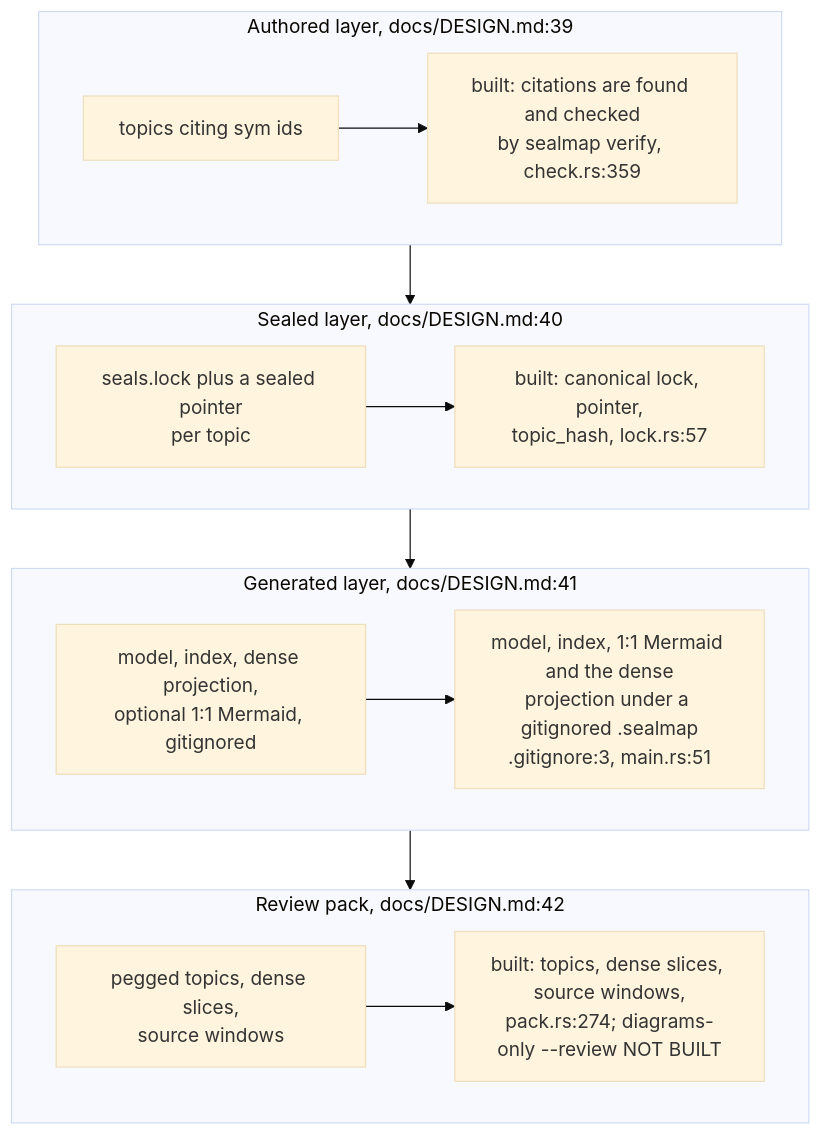
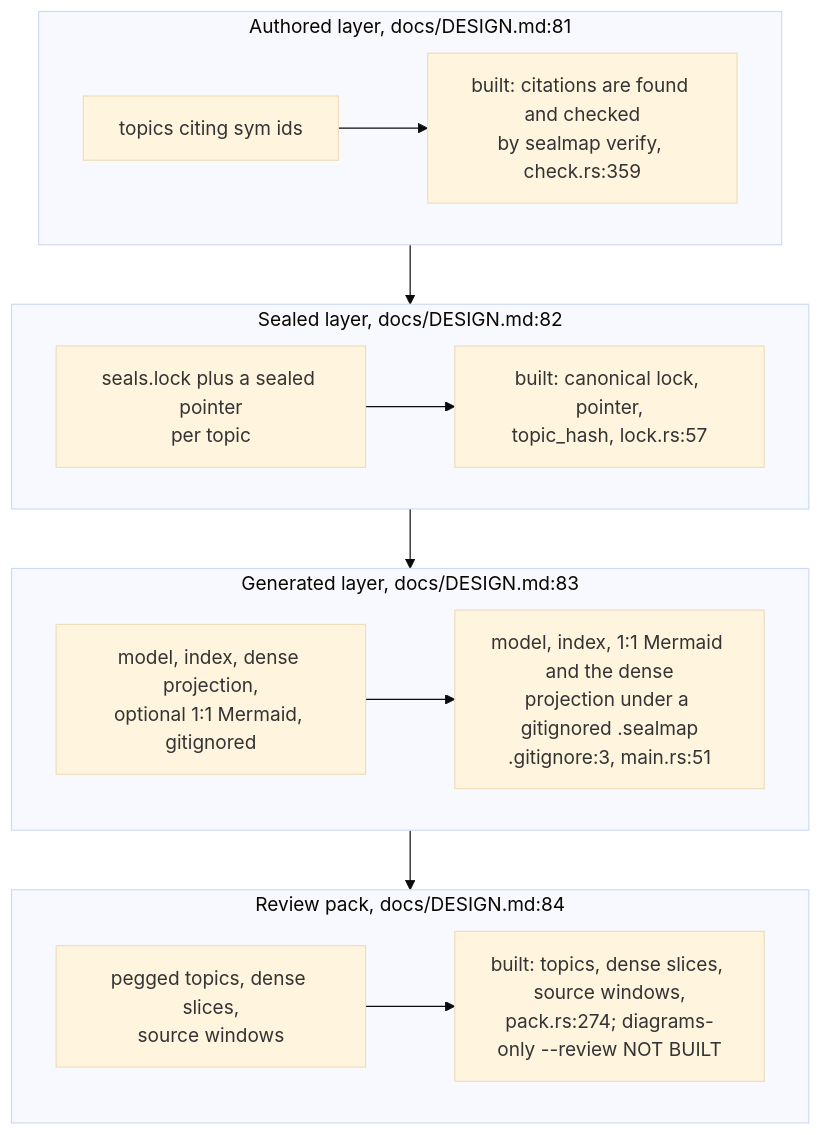
The first of 6 diagrams in docs/diagrams/delivery/02-design-versus-code.md (DreamLab-AI/codemaid), drawn with Mermaid (base theme) before and after one commit. The commit also changed other lines of this file and 7 other files, not shown here.

First line of the commit message:
docs(diagrams): align DEL-01, DEL-02, COR-04, COR-06 and MOD-02 with the evidence

````diff
--- a/docs/diagrams/delivery/02-design-versus-code.md
+++ b/docs/diagrams/delivery/02-design-versus-code.md
@@ -58,24 +65,24 @@
 ```mermaid
 flowchart TB
-    subgraph AUTH["Authored layer, docs/DESIGN.md:39"]
+    subgraph AUTH["Authored layer, docs/DESIGN.md:81"]
         A1["topics citing sym ids"]
         A1S["built: citations are found and checked<br/>by sealmap verify, check.rs:359"]
     end
-    subgraph SEAL["Sealed layer, docs/DESIGN.md:40"]
+    subgraph SEAL["Sealed layer, docs/DESIGN.md:82"]
         S1["seals.lock plus a sealed pointer<br/>per topic"]
         S1S["built: canonical lock, pointer,<br/>topic_hash, lock.rs:57"]
     end
-    subgraph GEN["Generated layer, docs/DESIGN.md:41"]
+    subgraph GEN["Generated layer, docs/DESIGN.md:83"]
         G1["model, index, dense projection,<br/>optional 1:1 Mermaid, gitignored"]
         G1S["model, index, 1:1 Mermaid and the dense<br/>projection under a gitignored .sealmap<br/>.gitignore:3, main.rs:51"]
     end
-    subgraph PACK["Review pack, docs/DESIGN.md:42"]
+    subgraph PACK["Review pack, docs/DESIGN.md:84"]
         P1["pegged topics, dense slices,<br/>source windows"]
         P1S["built: topics, dense slices, source windows,<br/>pack.rs:274; diagrams-only --review NOT BUILT"]
     end
     A1 --> A1S
     S1 --> S1S
     G1 --> G1S
     P1 --> P1S
     AUTH --> SEAL --> GEN --> PACK
 ```
````
